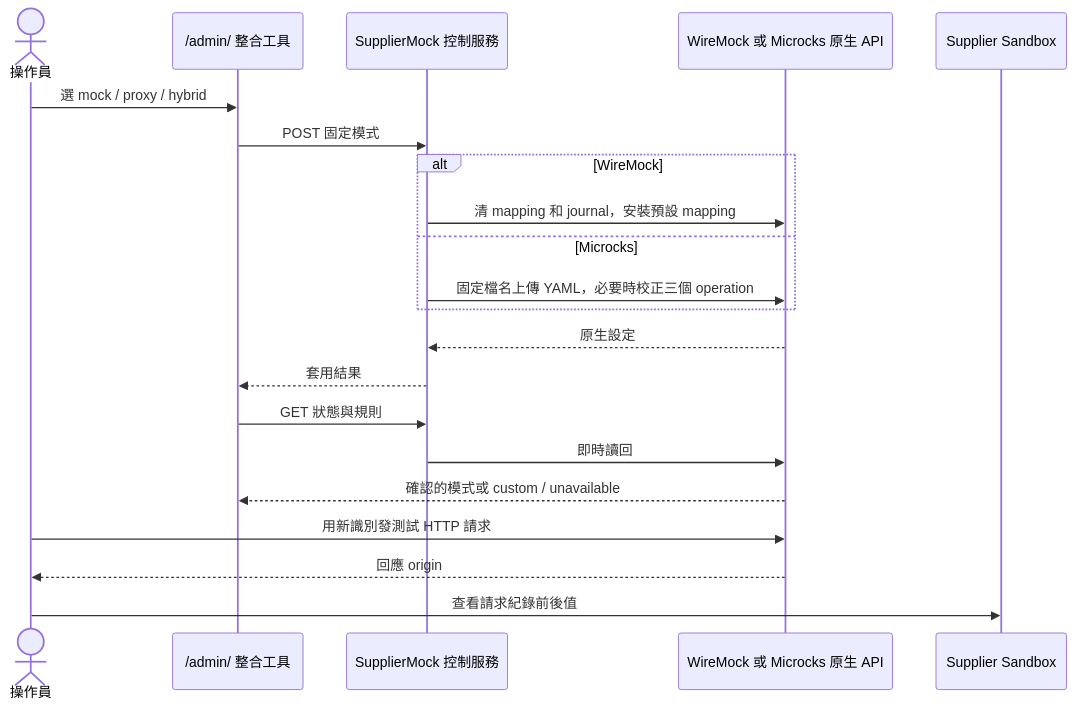
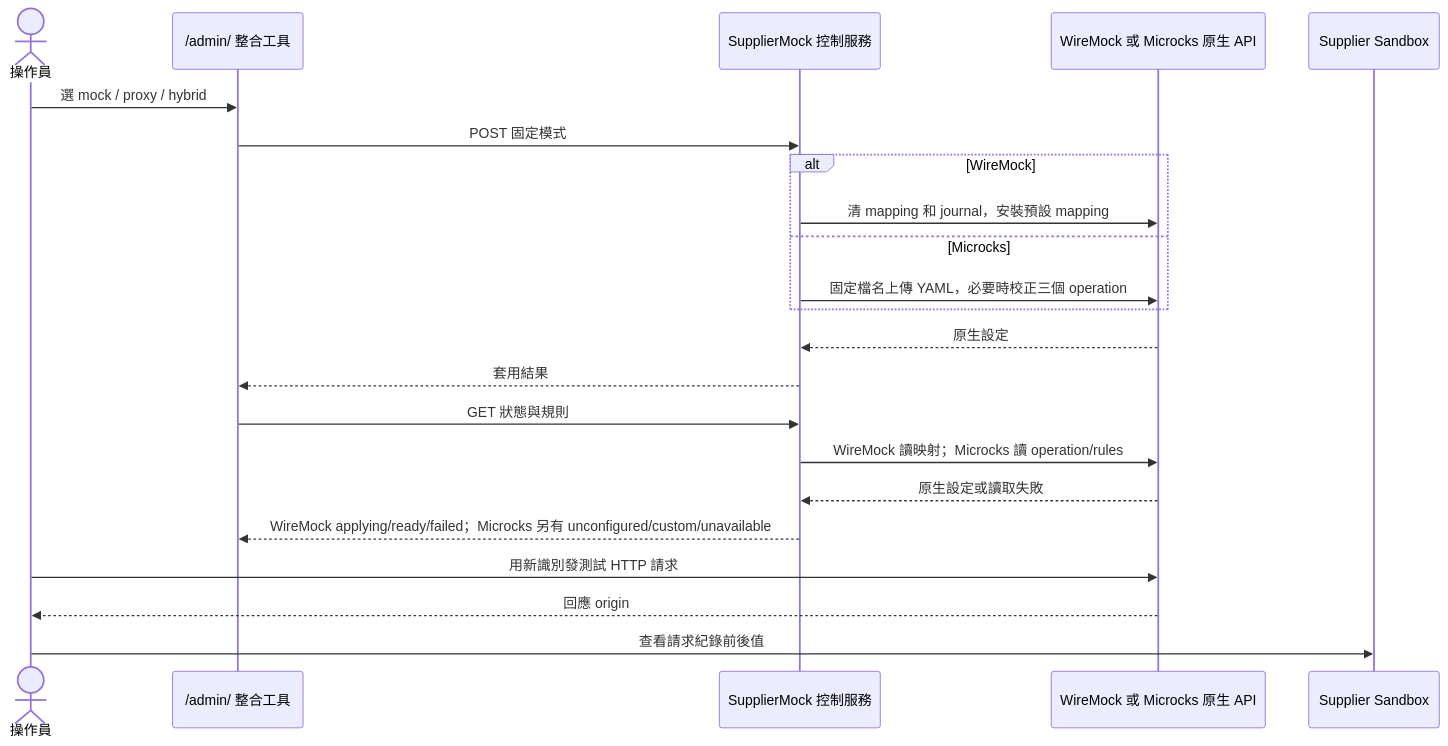
Before and after one commit to YuChia-Wei/dotnet-distributed-architecture-lab: the fourth of 7 diagrams in .dev/guides/external-api-testing/sequences.md, drawn with Mermaid. The commit also changed other lines of this file and 2 other files, not shown here.

First line of the commit message:
docs(#20): correct lab sequence and deployment paths

````diff
--- a/.dev/guides/external-api-testing/sequences.md
+++ b/.dev/guides/external-api-testing/sequences.md
@@ -68,23 +68,24 @@
 ```mermaid
 sequenceDiagram
   actor User as 操作員
   participant Admin as /admin/ 整合工具
   participant C as SupplierMock 控制服務
   participant Native as WireMock 或 Microcks 原生 API
   participant S as Supplier Sandbox
   User->>Admin: 選 mock / proxy / hybrid
   Admin->>C: POST 固定模式
   alt WireMock
     C->>Native: 清 mapping 和 journal，安裝預設 mapping
   else Microcks
     C->>Native: 固定檔名上傳 YAML，必要時校正三個 operation
   end
   Native-->>C: 原生設定
   C-->>Admin: 套用結果
   Admin->>C: GET 狀態與規則
-  C->>Native: 即時讀回
-  Native-->>Admin: 確認的模式或 custom / unavailable
+  C->>Native: WireMock 讀映射；Microcks 讀 operation/rules
+  Native-->>C: 原生設定或讀取失敗
+  C-->>Admin: WireMock applying/ready/failed；Microcks 另有 unconfigured/custom/unavailable
   User->>Native: 用新識別發測試 HTTP 請求
   Native-->>User: 回應 origin
   User->>S: 查看請求紀錄前後值
 ```
````
